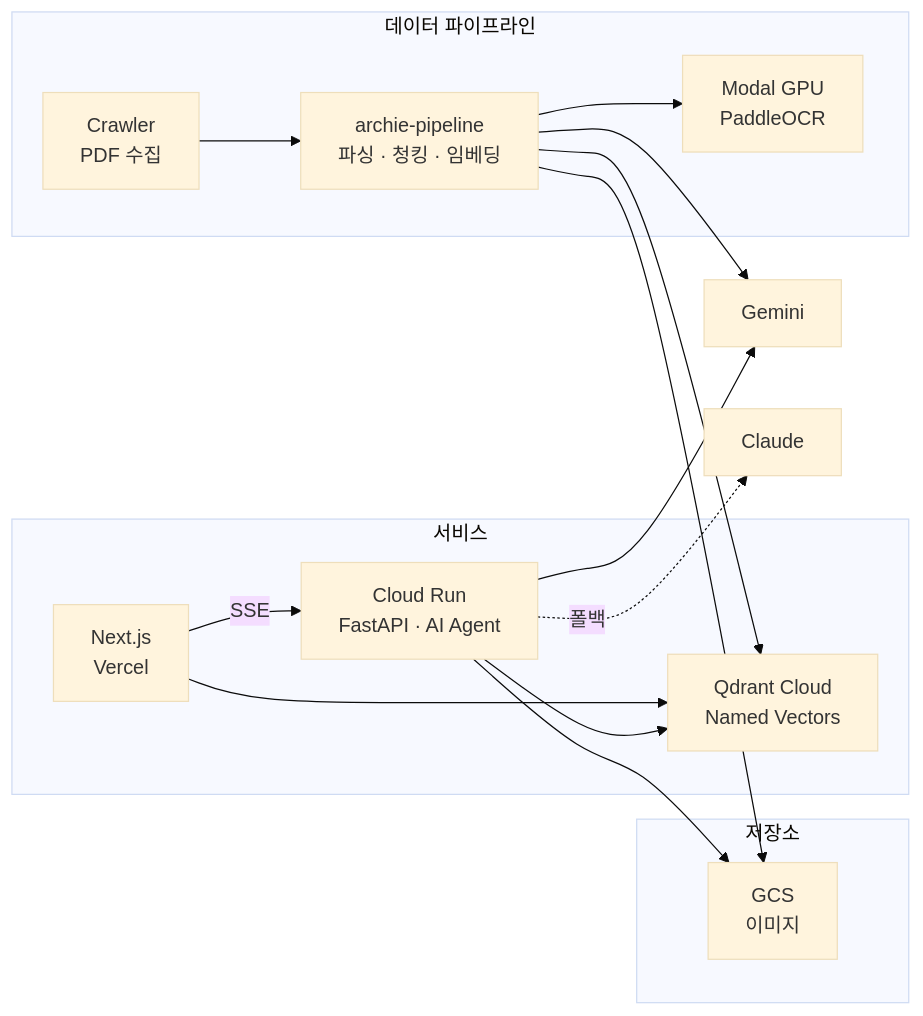
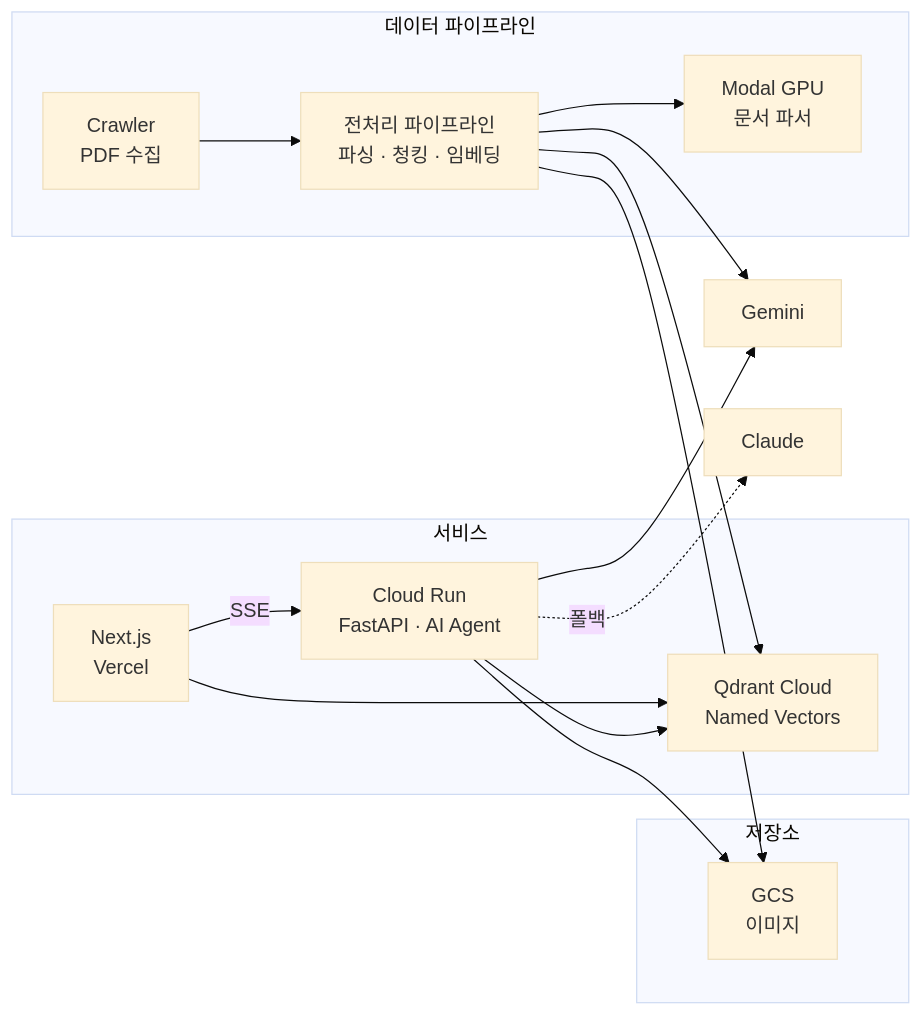
Before and after one commit to genie49/genie-cv: the diagram in data/content/notes/bonda-tech-stack.md, drawn with Mermaid (base theme). The commit also changed other lines of this file and 13 other files, not shown here.

````diff
--- a/data/content/notes/bonda-tech-stack.md
+++ b/data/content/notes/bonda-tech-stack.md
@@ -29,26 +29,26 @@
 ```mermaid
 flowchart LR
     subgraph "서비스"
         Next["Next.js<br/>Vercel"] -->|SSE| CR["Cloud Run<br/>FastAPI · AI Agent"]
         Next --> QD
     end
 
     subgraph "데이터 파이프라인"
-        Crawler["Crawler<br/>PDF 수집"] --> Pipeline["archie-pipeline<br/>파싱 · 청킹 · 임베딩"]
-        Pipeline --> Modal["Modal GPU<br/>PaddleOCR"]
+        Crawler["Crawler<br/>PDF 수집"] --> Pipeline["전처리 파이프라인<br/>파싱 · 청킹 · 임베딩"]
+        Pipeline --> Modal["Modal GPU<br/>문서 파서"]
     end
 
     subgraph "저장소"
         QD["Qdrant Cloud<br/>Named Vectors"]
         GCS["GCS<br/>이미지"]
     end
 
     CR --> Gemini["Gemini"]
     CR -.->|폴백| Claude["Claude"]
     CR --> QD
     CR --> GCS
 
     Pipeline --> Gemini
     Pipeline --> QD
     Pipeline --> GCS
 ```
````
